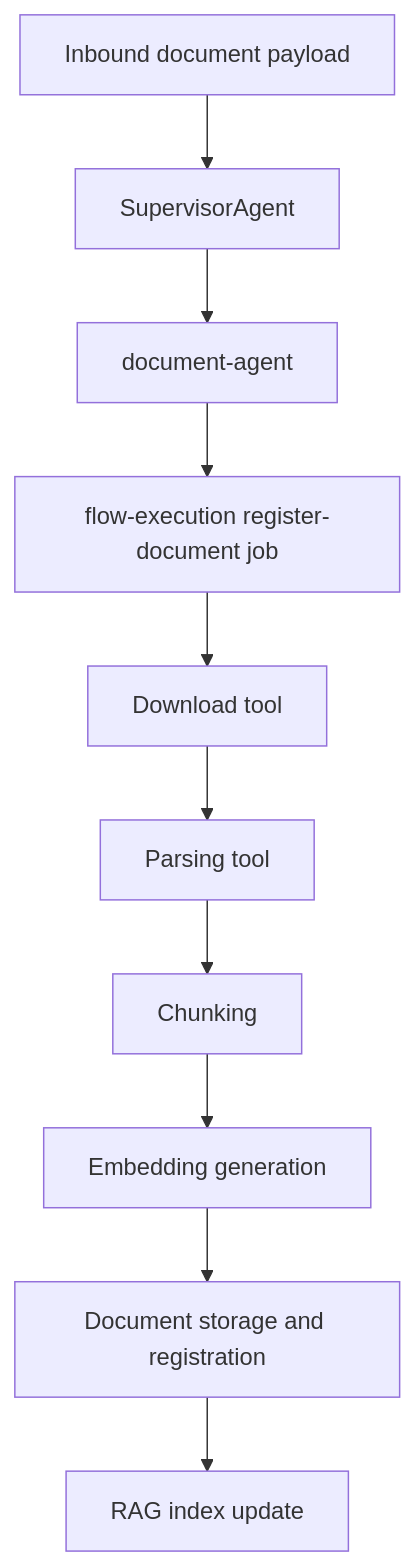
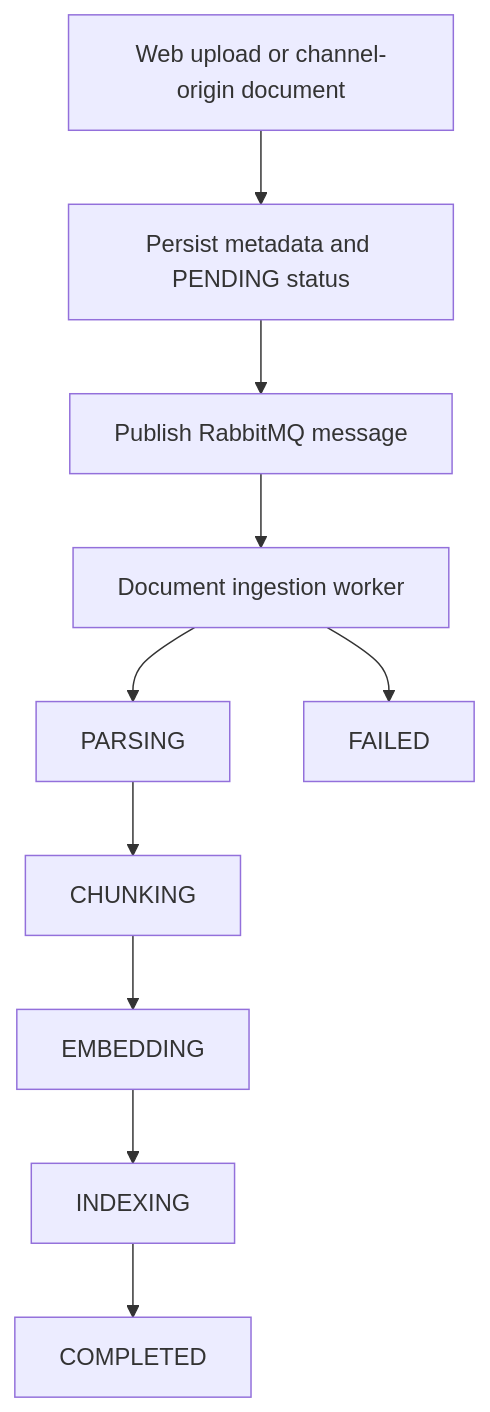
The fifth of 5 diagrams in docs/ARCHITECTURE.md (CiceroDeveloper01/rag-platform), drawn with Mermaid before and after one commit. The commit also changed other lines of this file and 191 other files, not shown here.

Commit message:
refactor: consolidate monorepo architecture, async documents flow and platform structure

````diff
--- a/docs/ARCHITECTURE.md
+++ b/docs/ARCHITECTURE.md
@@ -303,12 +246,12 @@
 ```mermaid
 flowchart TD
-    InboundDoc[Inbound document payload] --> Supervisor[SupervisorAgent]
-    Supervisor --> DocumentAgent[document-agent]
-    DocumentAgent --> RegisterJob[flow-execution register-document job]
-    RegisterJob --> Download[Download tool]
-    Download --> Parse[Parsing tool]
-    Parse --> Chunk[Chunking]
-    Chunk --> Embed[Embedding generation]
-    Embed --> Store[Document storage and registration]
-    Store --> Index[RAG index update]
+    Upload[Web upload or channel-origin document] --> Persist[Persist metadata and PENDING status]
+    Persist --> Publish[Publish RabbitMQ message]
+    Publish --> Worker[Document ingestion worker]
+    Worker --> Parsing[PARSING]
+    Parsing --> Chunking[CHUNKING]
+    Chunking --> Embedding[EMBEDDING]
+    Embedding --> Indexing[INDEXING]
+    Indexing --> Completed[COMPLETED]
+    Worker --> Failed[FAILED]
 ```
````
